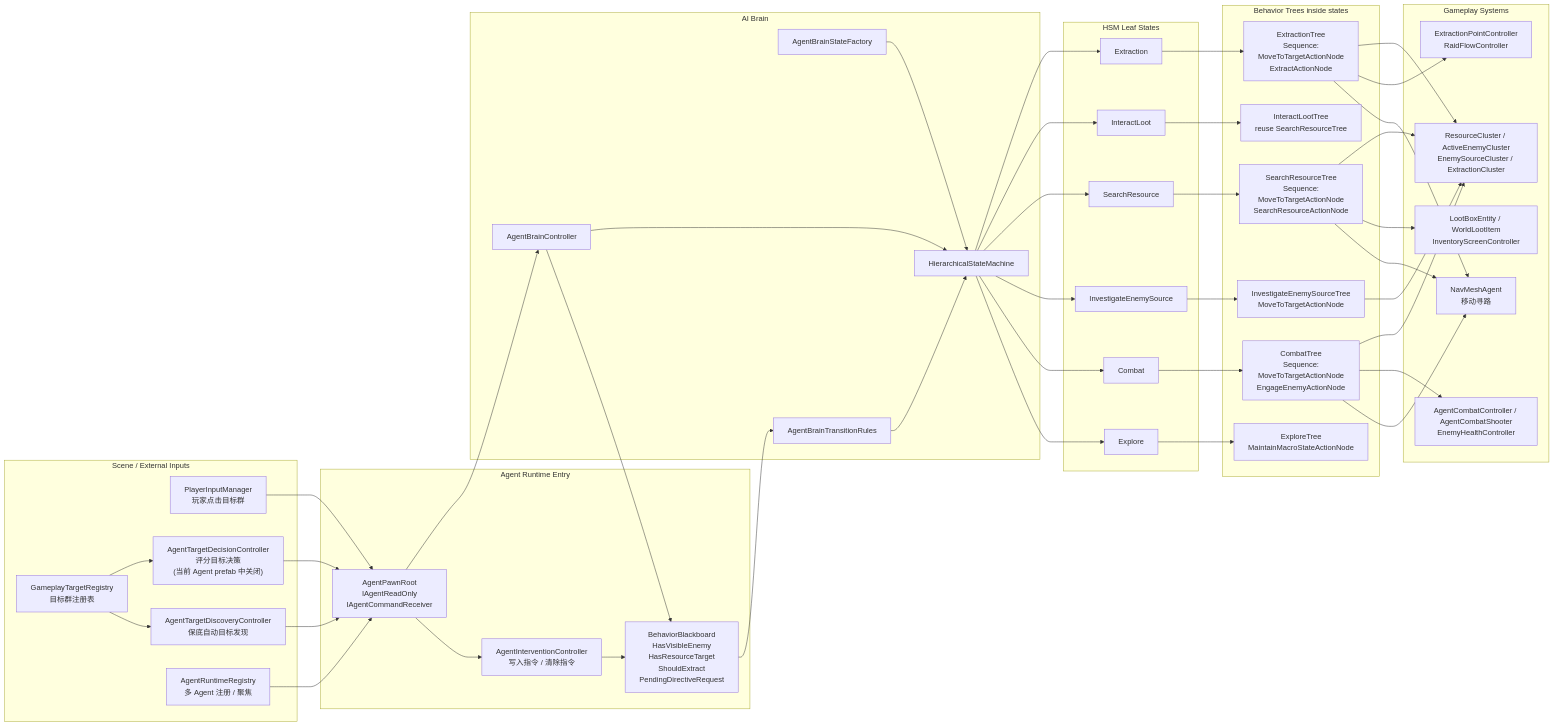
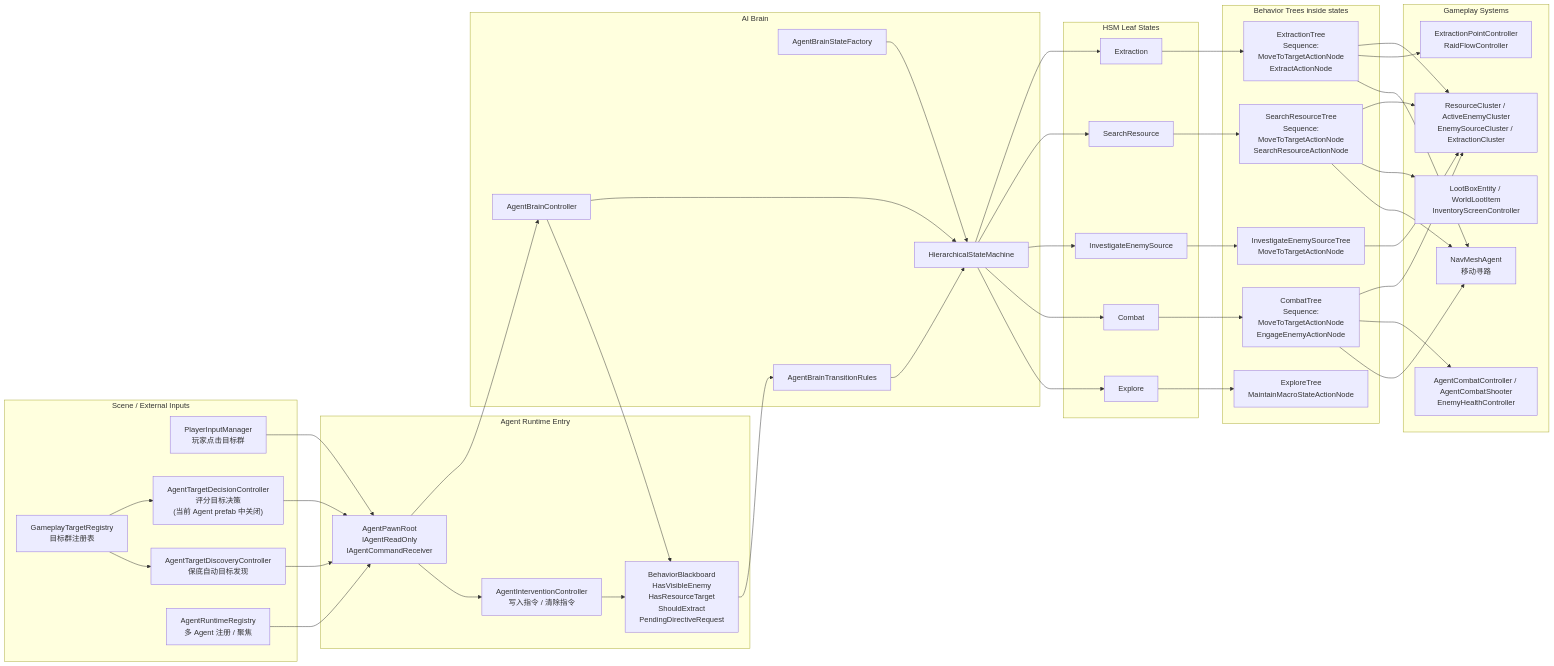
One commit to mcaswen/Extraction-like changed the first of 3 diagrams in outputs/agent_ai_framework_diagram.md. Above: the diagram before and after it, drawn with Mermaid. The commit also changed other lines of this file and 26 other files, not shown here.

First line of the commit message:
refactor: 删除从未进入的 InteractLoot 状态和 HasInteractableTarget，旧动作节点改为只在编辑器编译

```diff
--- a/outputs/agent_ai_framework_diagram.md
+++ b/outputs/agent_ai_framework_diagram.md
@@ -34,7 +34,6 @@
         Combat["Combat"]
         EnemySource["InvestigateEnemySource"]
         Search["SearchResource"]
-        Loot["InteractLoot"]
         Extract["Extraction"]
     end
 
@@ -43,7 +42,6 @@
         CombatBT["CombatTree<br/>Sequence:<br/>MoveToTargetActionNode<br/>EngageEnemyActionNode"]
         SourceBT["InvestigateEnemySourceTree<br/>MoveToTargetActionNode"]
         SearchBT["SearchResourceTree<br/>Sequence:<br/>MoveToTargetActionNode<br/>SearchResourceActionNode"]
-        LootBT["InteractLootTree<br/>reuse SearchResourceTree"]
         ExtractBT["ExtractionTree<br/>Sequence:<br/>MoveToTargetActionNode<br/>ExtractActionNode"]
     end
 
@@ -75,14 +73,12 @@
     HSM --> Combat
     HSM --> EnemySource
     HSM --> Search
-    HSM --> Loot
     HSM --> Extract
 
     Explore --> ExploreBT
     Combat --> CombatBT
     EnemySource --> SourceBT
     Search --> SearchBT
-    Loot --> LootBT
     Extract --> ExtractBT
 
     CombatBT --> NavMesh
```
